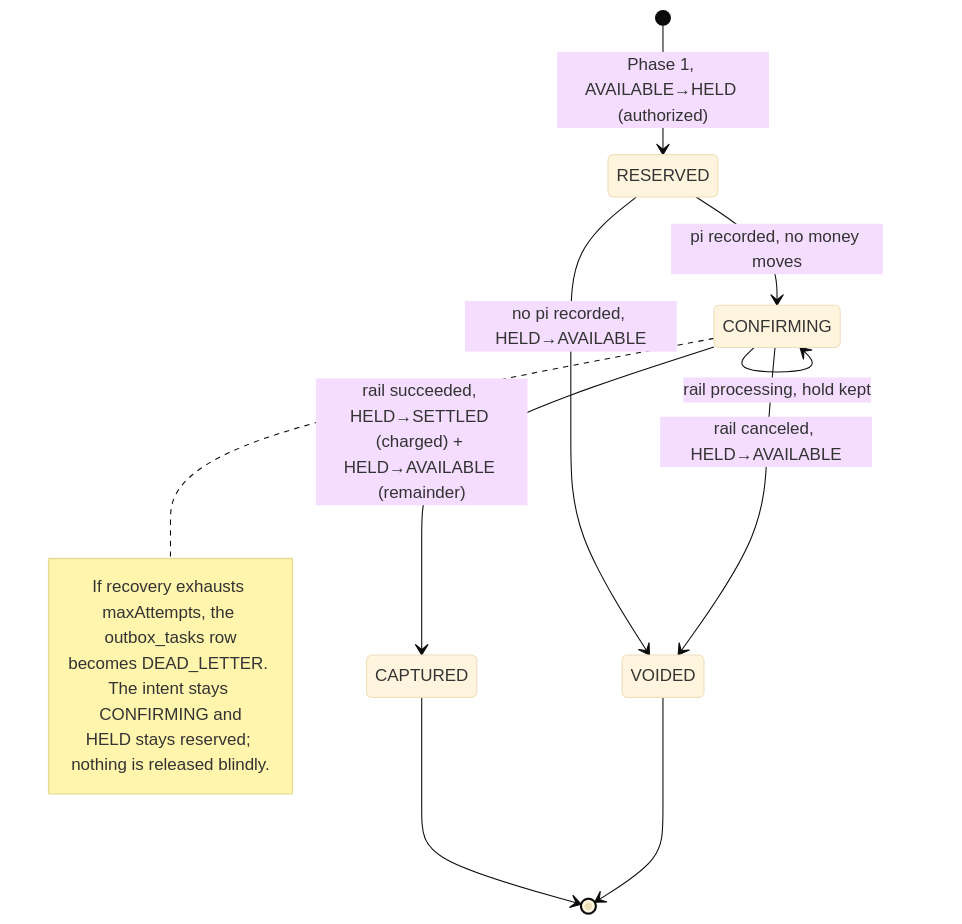
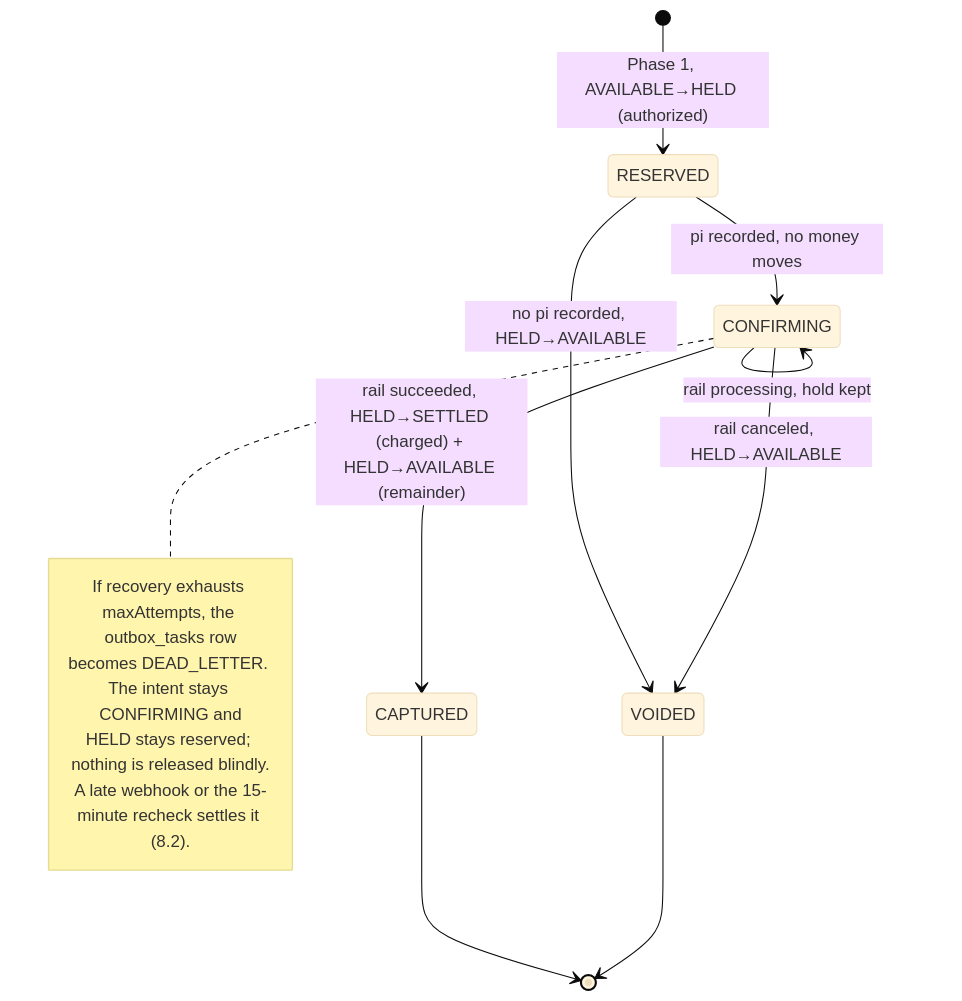
Before and after one commit to omni-ar/Alaka: the third of 3 diagrams in README.md, drawn with Mermaid (base theme). The commit also changed other lines of this file and 1 other file, not shown here.

````diff
--- a/README.md
+++ b/README.md
@@ -203,16 +210,17 @@
 ```mermaid
 stateDiagram-v2
     [*] --> RESERVED: Phase 1, AVAILABLE→HELD (authorized)
     RESERVED --> CONFIRMING: pi recorded, no money moves
     RESERVED --> VOIDED: no pi recorded, HELD→AVAILABLE
     CONFIRMING --> CAPTURED: rail succeeded, HELD→SETTLED (charged) + HELD→AVAILABLE (remainder)
     CONFIRMING --> VOIDED: rail canceled, HELD→AVAILABLE
     CONFIRMING --> CONFIRMING: rail processing, hold kept
     CAPTURED --> [*]
     VOIDED --> [*]
     note right of CONFIRMING
         If recovery exhausts maxAttempts, the outbox_tasks row
         becomes DEAD_LETTER. The intent stays CONFIRMING and
         HELD stays reserved; nothing is released blindly.
+        A late webhook or the 15-minute recheck settles it (8.2).
     end note
 ```
````
